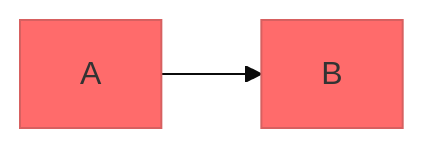
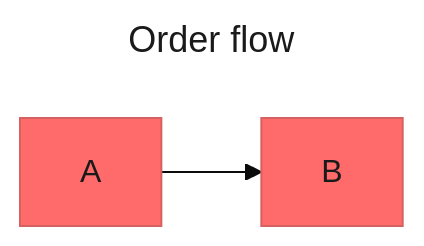
The sixth of 6 diagrams in skills/mermaid-diagrams/SKILL.md (costa-marcello/repertoire), drawn with Mermaid before and after one commit. The commit also changed other lines of this file and 12 other files, not shown here.

First line of the commit message:
Fix mermaid-diagrams examples that broke its own rules

````diff
--- a/skills/mermaid-diagrams/SKILL.md
+++ b/skills/mermaid-diagrams/SKILL.md
@@ -237,10 +200,12 @@
 ```mermaid
 ---
+title: Order flow
 config:
   theme: base
   themeVariables:
     primaryColor: "#ff6b6b"
+    primaryTextColor: "#1a1a1a"
 ---
 flowchart LR
     A --> B
 ```
````
